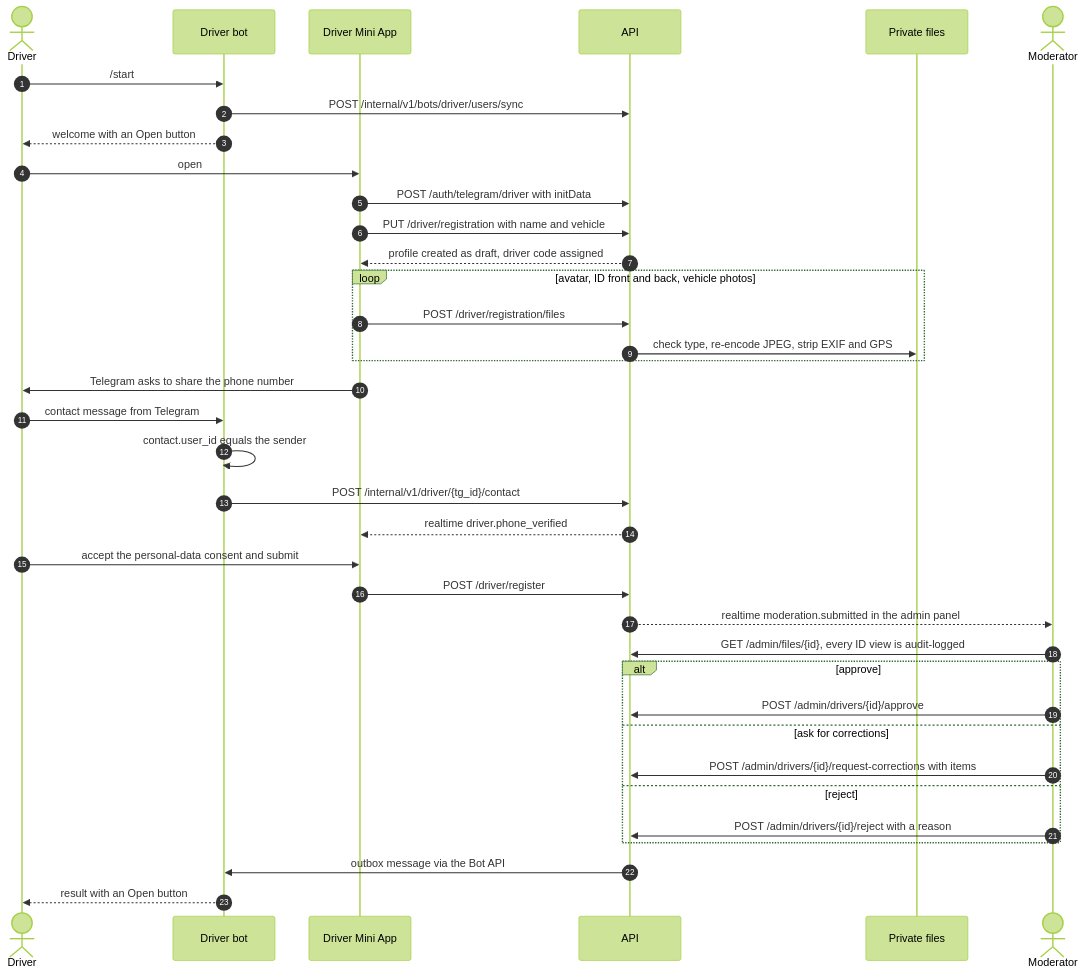
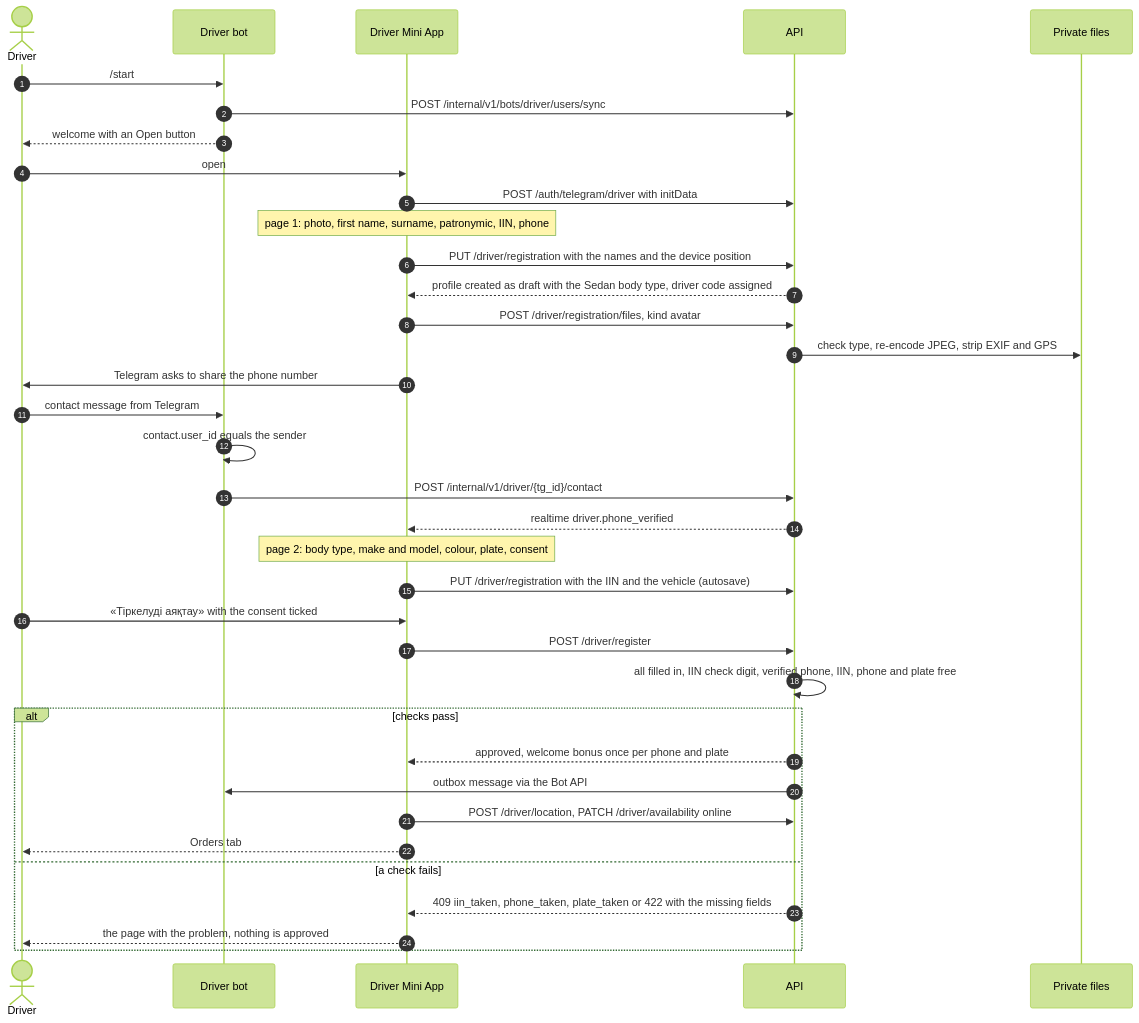
The sixth of 14 diagrams in docs/DIAGRAMS.md (yereke99/jan-taxi), drawn with Mermaid (forest theme) before and after one commit. The commit also changed other lines of this file and 123 other files, not shown here.

````diff
--- a/docs/DIAGRAMS.md
+++ b/docs/DIAGRAMS.md
@@ -277,40 +279,39 @@
 ```mermaid
 sequenceDiagram
   autonumber
   actor D as Driver
   participant BOT as Driver bot
   participant MA as Driver Mini App
   participant API as API
   participant FS as Private files
-  actor M as Moderator
 
   D->>BOT: /start
   BOT->>API: POST /internal/v1/bots/driver/users/sync
   BOT-->>D: welcome with an Open button
   D->>MA: open
   MA->>API: POST /auth/telegram/driver with initData
-  MA->>API: PUT /driver/registration with name and vehicle
-  API-->>MA: profile created as draft, driver code assigned
-  loop avatar, ID front and back, vehicle photos
-    MA->>API: POST /driver/registration/files
-    API->>FS: check type, re-encode JPEG, strip EXIF and GPS
-  end
+  Note over MA: page 1: photo, first name, surname, patronymic, IIN, phone
+  MA->>API: PUT /driver/registration with the names and the device position
+  API-->>MA: profile created as draft with the Sedan body type, driver code assigned
+  MA->>API: POST /driver/registration/files, kind avatar
+  API->>FS: check type, re-encode JPEG, strip EXIF and GPS
   MA->>D: Telegram asks to share the phone number
   D->>BOT: contact message from Telegram
   BOT->>BOT: contact.user_id equals the sender
   BOT->>API: POST /internal/v1/driver/{tg_id}/contact
   API-->>MA: realtime driver.phone_verified
-  D->>MA: accept the personal-data consent and submit
+  Note over MA: page 2: body type, make and model, colour, plate, consent
+  MA->>API: PUT /driver/registration with the IIN and the vehicle (autosave)
+  D->>MA: «Тіркелуді аяқтау» with the consent ticked
   MA->>API: POST /driver/register
-  API-->>M: realtime moderation.submitted in the admin panel
-  M->>API: GET /admin/files/{id}, every ID view is audit-logged
-  alt approve
-    M->>API: POST /admin/drivers/{id}/approve
-  else ask for corrections
-    M->>API: POST /admin/drivers/{id}/request-corrections with items
-  else reject
-    M->>API: POST /admin/drivers/{id}/reject with a reason
+  API->>API: all filled in, IIN check digit, verified phone, IIN, phone and plate free
+  alt checks pass
+    API-->>MA: approved, welcome bonus once per phone and plate
+    API->>BOT: outbox message via the Bot API
+    MA->>API: POST /driver/location, PATCH /driver/availability online
+    MA-->>D: Orders tab
+  else a check fails
+    API-->>MA: 409 iin_taken, phone_taken, plate_taken or 422 with the missing fields
+    MA-->>D: the page with the problem, nothing is approved
   end
-  API->>BOT: outbox message via the Bot API
-  BOT-->>D: result with an Open button
 ```
````
